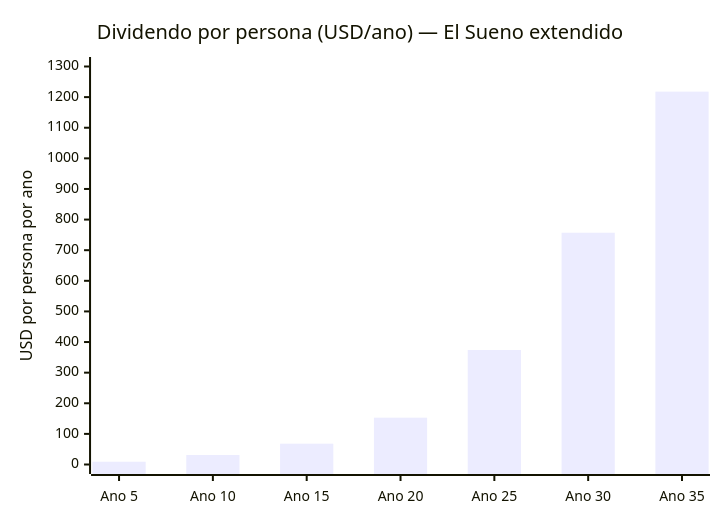
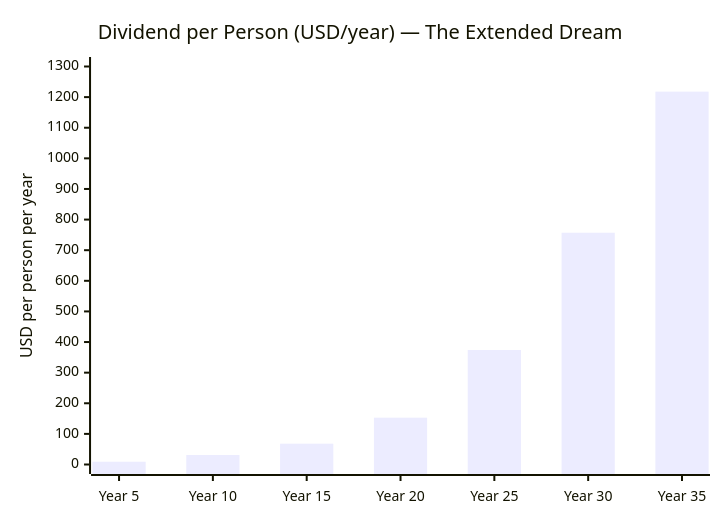
One commit to Venezuela-S-A/venezuela-sa changed the seventh of 10 diagrams in i18n/en/docusaurus-plugin-content-docs/current/07-ejecucion/el-sueno.md. Above: the diagram before and after it, drawn with Mermaid. The commit also changed other lines of this file and 127 other files, not shown here.

````diff
--- a/i18n/en/docusaurus-plugin-content-docs/current/07-ejecucion/el-sueno.md
+++ b/i18n/en/docusaurus-plugin-content-docs/current/07-ejecucion/el-sueno.md
@@ -512,7 +512,7 @@
 ```mermaid
 xychart-beta
-    title "Dividendo por persona (USD/ano) — El Sueno extendido"
-    x-axis ["Ano 5", "Ano 10", "Ano 15", "Ano 20", "Ano 25", "Ano 30", "Ano 35"]
-    y-axis "USD por persona por ano" 0 --> 1300
+    title "Dividend per Person (USD/year) — The Extended Dream"
+    x-axis ["Year 5", "Year 10", "Year 15", "Year 20", "Year 25", "Year 30", "Year 35"]
+    y-axis "USD per person per year" 0 --> 1300
     bar [9, 31, 68, 153, 374, 757, 1218]
 ```
````
